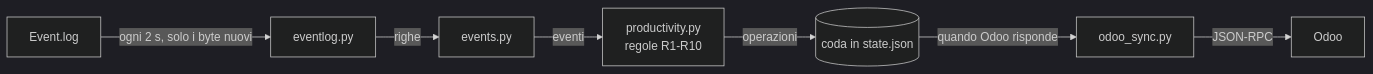
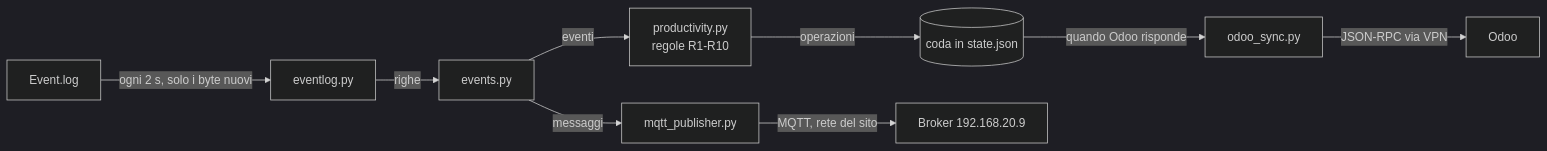
One commit to antexsrl/selco_offline changed the diagram in logger/README.md. Above: the diagram before and after it, drawn with Mermaid (dark theme). The commit also changed other lines of this file and 9 other files, not shown here.

````diff
--- a/logger/README.md
+++ b/logger/README.md
@@ -15,9 +20,11 @@
 ```mermaid
 flowchart LR
     LOG[Event.log] -->|ogni 2 s, solo i byte nuovi| R[eventlog.py]
     R -->|righe| P[events.py]
     P -->|eventi| E[productivity.py<br/>regole R1-R10]
     E -->|operazioni| Q[(coda in state.json)]
     Q -->|quando Odoo risponde| S[odoo_sync.py]
-    S -->|JSON-RPC| O[Odoo]
+    S -->|JSON-RPC via VPN| O[Odoo]
+    P -->|messaggi| M[mqtt_publisher.py]
+    M -->|MQTT, rete del sito| B[Broker 192.168.20.9]
 ```
````
